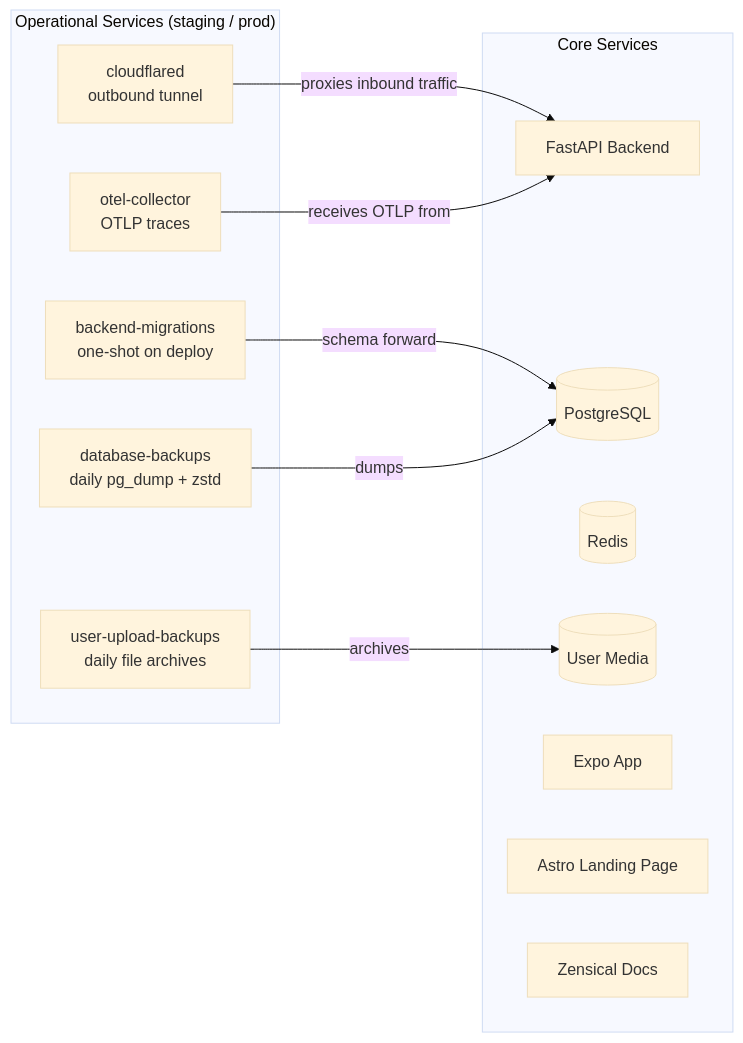
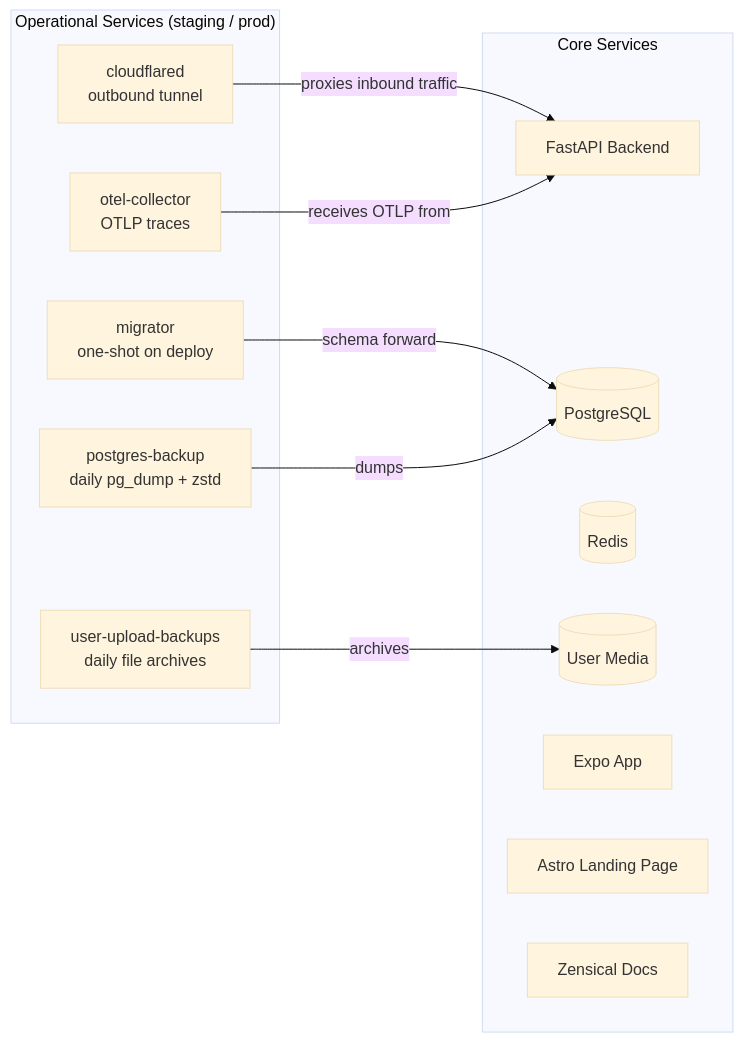
Before and after one commit to CMLPlatform/relab: the diagram in docs/docs/architecture/deployment.md, drawn with Mermaid (base theme). The commit also changed other lines of this file and 4 other files, not shown here.

````diff
--- a/docs/docs/architecture/deployment.md
+++ b/docs/docs/architecture/deployment.md
@@ -11,26 +11,26 @@
 ```mermaid
 graph LR
     subgraph Core ["Core Services"]
         Backend[FastAPI Backend]
         DB[(PostgreSQL)]
         Cache[(Redis)]
         Uploads[(User Media)]
         FrontendApp[Expo App]
         FrontendWeb[Astro Landing Page]
         Docs[Zensical Docs]
     end
 
     subgraph Operational ["Operational Services (staging / prod)"]
-        Migrations[backend-migrations\none-shot on deploy]
-        DBBackups[database-backups\ndaily pg_dump + zstd]
+        Migrations[migrator\none-shot on deploy]
+        DBBackups[postgres-backup\ndaily pg_dump + zstd]
         UploadBackups[user-upload-backups\ndaily file archives]
         Cloudflared[cloudflared\noutbound tunnel]
         OTel[otel-collector\nOTLP traces]
     end
 
     Migrations -->|schema forward| DB
     DBBackups -->|dumps| DB
     UploadBackups -->|archives| Uploads
     Cloudflared -->|proxies inbound traffic| Backend
     OTel -->|receives OTLP from| Backend
 ```
````
